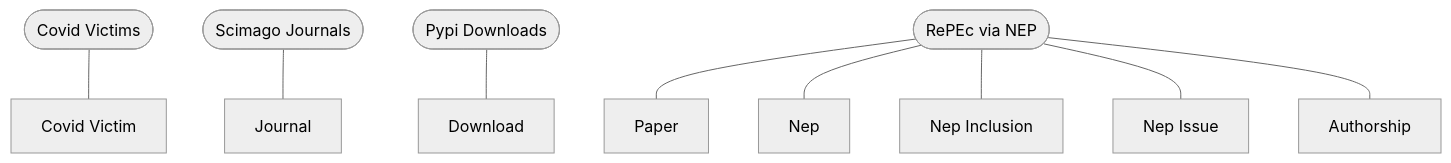
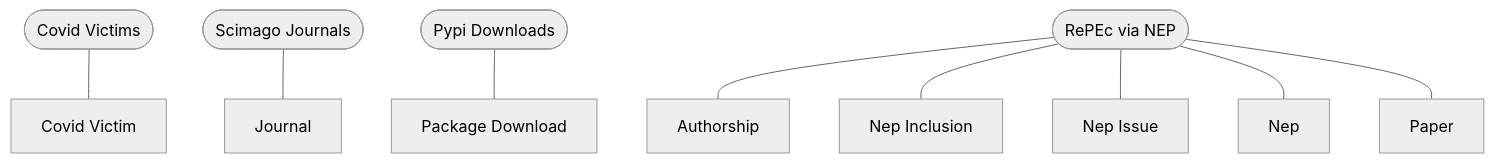
The diagram in book/mermaid.md (sscu-budapest/explorer), drawn with Mermaid (neutral theme) before and after one commit. The commit also changed 8 other files, not shown here.

````diff
--- a/book/mermaid.md
+++ b/book/mermaid.md
@@ -1,29 +1,29 @@
 ```{mermaid}
 
     flowchart TD
         
         covid_victims([Covid Victims]) --- covid_victims_covid_victim[Covid Victim]
         click covid_victims_covid_victim href "https://s3.eu-de.cloud-object-storage.appdomain.cloud/sscub-public-explorer/covid_victims/covid_victim-profile.html" "Profile"
         
         scimago_journals([Scimago Journals]) --- scimago_journals_journal[Journal]
         click scimago_journals_journal href "https://s3.eu-de.cloud-object-storage.appdomain.cloud/sscub-public-explorer/scimago_journals/journal-profile.html" "Profile"
         
-        pypi_downloads([Pypi Downloads]) --- pypi_downloads_download[Download]
-        click pypi_downloads_download href "https://s3.eu-de.cloud-object-storage.appdomain.cloud/sscub-public-explorer/pypi_downloads/download-profile.html" "Profile"
+        pypi_downloads([Pypi Downloads]) --- pypi_downloads_package_download[Package Download]
+        click pypi_downloads_package_download href "https://s3.eu-de.cloud-object-storage.appdomain.cloud/sscub-public-explorer/pypi_downloads/package_download-profile.html" "Profile"
         
-        repec_via_nep([RePEc via NEP]) --- repec_via_nep_paper[Paper]
-        click repec_via_nep_paper href "https://s3.eu-de.cloud-object-storage.appdomain.cloud/sscub-public-explorer/repec_via_nep/paper-profile.html" "Profile"
-        
-        repec_via_nep([RePEc via NEP]) --- repec_via_nep_nep[Nep]
-        click repec_via_nep_nep href "https://s3.eu-de.cloud-object-storage.appdomain.cloud/sscub-public-explorer/repec_via_nep/nep-profile.html" "Profile"
+        repec_via_nep([RePEc via NEP]) --- repec_via_nep_authorship[Authorship]
+        click repec_via_nep_authorship href "https://s3.eu-de.cloud-object-storage.appdomain.cloud/sscub-public-explorer/repec_via_nep/authorship-profile.html" "Profile"
         
         repec_via_nep([RePEc via NEP]) --- repec_via_nep_nep_inclusion[Nep Inclusion]
         click repec_via_nep_nep_inclusion href "https://s3.eu-de.cloud-object-storage.appdomain.cloud/sscub-public-explorer/repec_via_nep/nep_inclusion-profile.html" "Profile"
         
         repec_via_nep([RePEc via NEP]) --- repec_via_nep_nep_issue[Nep Issue]
         click repec_via_nep_nep_issue href "https://s3.eu-de.cloud-object-storage.appdomain.cloud/sscub-public-explorer/repec_via_nep/nep_issue-profile.html" "Profile"
         
-        repec_via_nep([RePEc via NEP]) --- repec_via_nep_authorship[Authorship]
-        click repec_via_nep_authorship href "https://s3.eu-de.cloud-object-storage.appdomain.cloud/sscub-public-explorer/repec_via_nep/authorship-profile.html" "Profile"
+        repec_via_nep([RePEc via NEP]) --- repec_via_nep_nep[Nep]
+        click repec_via_nep_nep href "https://s3.eu-de.cloud-object-storage.appdomain.cloud/sscub-public-explorer/repec_via_nep/nep-profile.html" "Profile"
+        
+        repec_via_nep([RePEc via NEP]) --- repec_via_nep_paper[Paper]
+        click repec_via_nep_paper href "https://s3.eu-de.cloud-object-storage.appdomain.cloud/sscub-public-explorer/repec_via_nep/paper-profile.html" "Profile"
         
 ```
````
